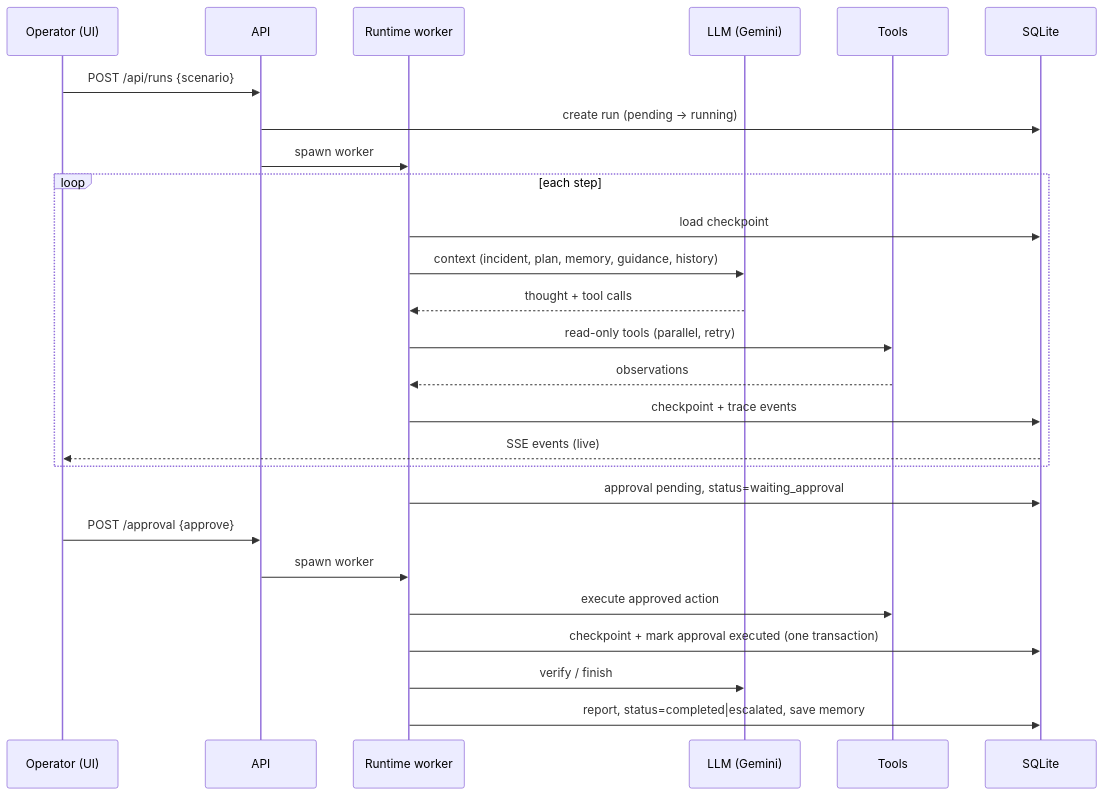
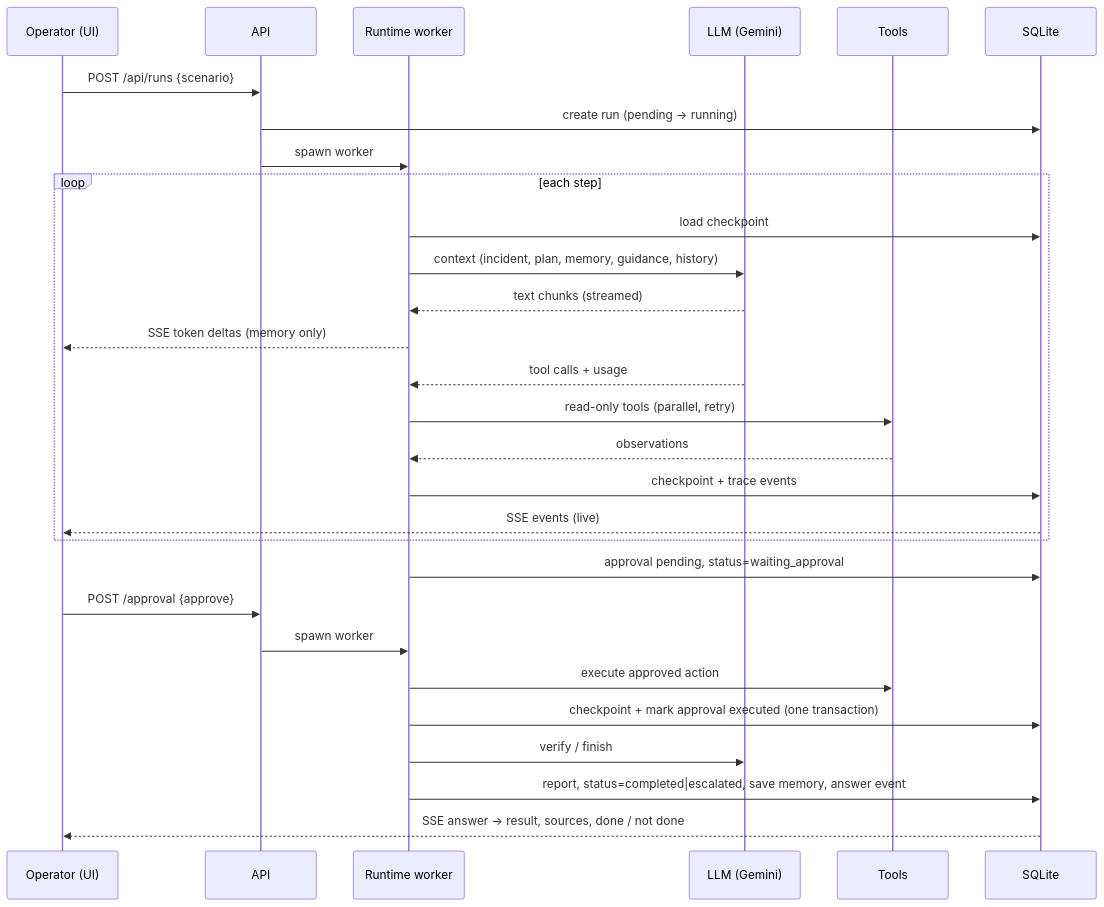
Before and after one commit to Zulfiqar7862/incident-triage-agent-gemini: the second of 2 diagrams in docs/HLD.md, drawn with Mermaid. The commit also changed other lines of this file and 3 other files, not shown here.

First line of the commit message:
docs: rewrite README, HLD, LLD and API for plan, streaming, answer and sources

````diff
--- a/docs/HLD.md
+++ b/docs/HLD.md
@@ -75,28 +82,31 @@
 ```mermaid
 sequenceDiagram
     participant O as Operator (UI)
     participant A as API
     participant R as Runtime worker
     participant L as LLM (Gemini)
     participant T as Tools
     participant D as SQLite
     O->>A: POST /api/runs {scenario}
     A->>D: create run (pending -> running)
     A->>R: spawn worker
     loop each step
         R->>D: load checkpoint
         R->>L: context (incident, plan, memory, guidance, history)
-        L-->>R: thought + tool calls
+        L-->>R: text chunks (streamed)
+        R-->>O: SSE token deltas (memory only)
+        L-->>R: tool calls + usage
         R->>T: read-only tools (parallel, retry)
         T-->>R: observations
         R->>D: checkpoint + trace events
         D-->>O: SSE events (live)
     end
     R->>D: approval pending, status=waiting_approval
     O->>A: POST /approval {approve}
     A->>R: spawn worker
     R->>T: execute approved action
     R->>D: checkpoint + mark approval executed (one transaction)
     R->>L: verify / finish
-    R->>D: report, status=completed|escalated, save memory
+    R->>D: report, status=completed|escalated, save memory, answer event
+    D-->>O: SSE answer -> result, sources, done / not done
 ```
````
